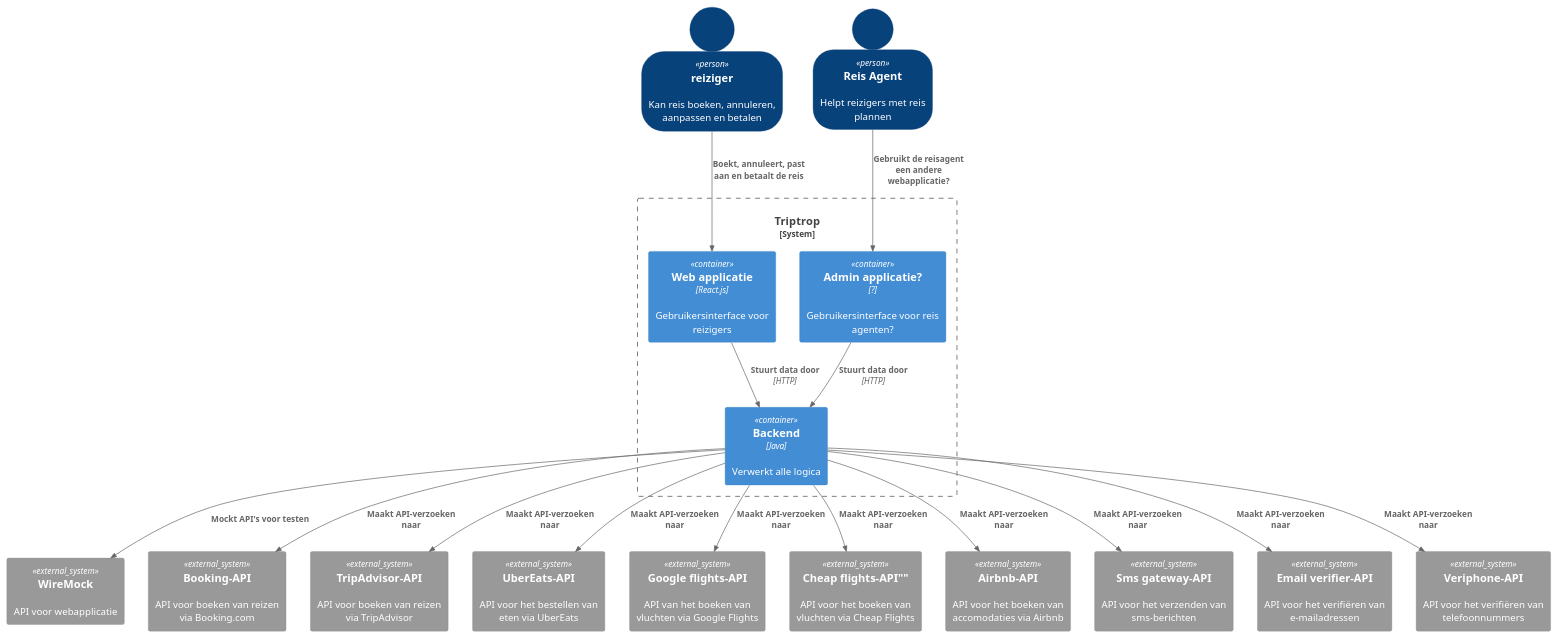
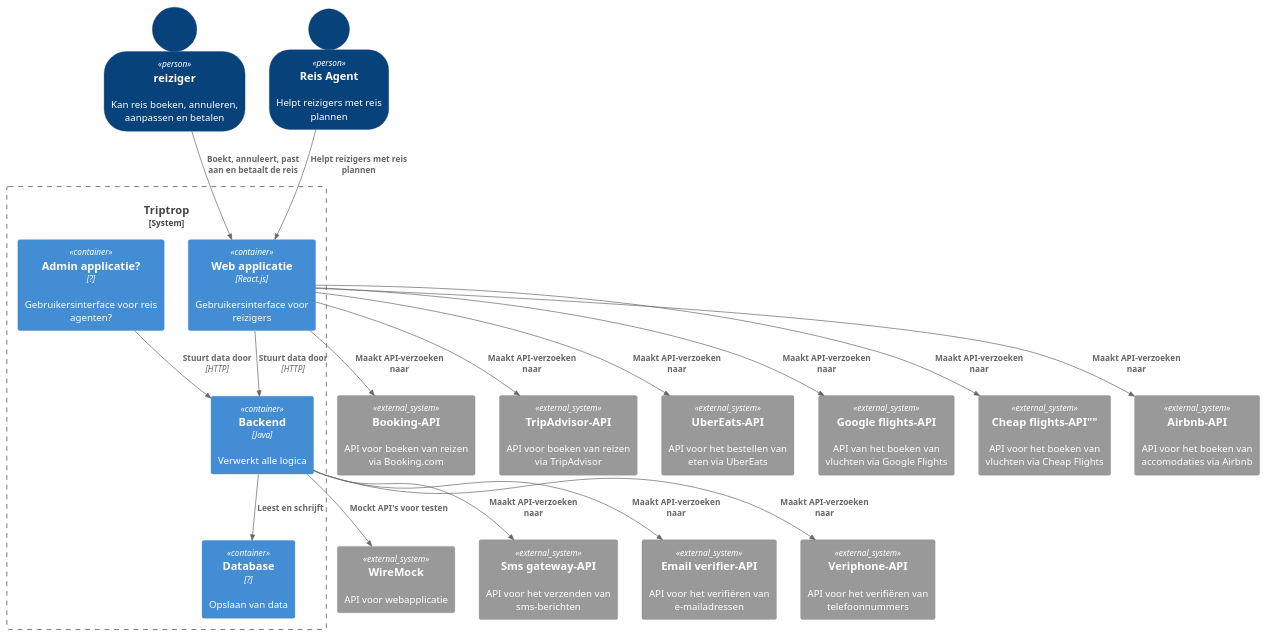
Before and after one commit to AIM-ENE-feb25/triptop-inshallahboys: the diagram in Week1/Les3/Chris/container-diagram/container-triptrop.puml, drawn with PlantUML.

Commit message:
Aanpassingen feedback Lars

```diff
--- a/Week1/Les3/Chris/container-diagram/container-triptrop.puml
+++ b/Week1/Les3/Chris/container-diagram/container-triptrop.puml
@@ -1,47 +1,50 @@
 @startuml
 !include  https://raw.githubusercontent.com/plantuml-stdlib/C4-PlantUML/master/C4_Container.puml
 
 SHOW_PERSON_OUTLINE()
 
 'Actoren
 Person(reiziger, "reiziger", "Kan reis boeken, annuleren, aanpassen en betalen")
 Person(reisAgent, "Reis Agent", "Helpt reizigers met reis plannen")
 
 'Containers binnen het systeem
 System_Boundary(c4, "Triptrop") {
     Container(webApp, "Web applicatie", "React.js", "Gebruikersinterface voor reizigers")
     Container(adminApp, "Admin applicatie?", "?", "Gebruikersinterface voor reis agenten?")
     Container(backend, "Backend", "Java", "Verwerkt alle logica")
+    Container(DB, "Database", "?", "Opslaan van data")
 }
 
 'API's
 System_Ext(wireMock, "WireMock", "API voor webapplicatie")
 System_Ext(bookingAPI, "Booking-API", "API voor boeken van reizen via Booking.com")
 System_Ext(tripAdvisor, "TripAdvisor-API", "API voor boeken van reizen via TripAdvisor")
 System_Ext(uberEats, "UberEats-API", "API voor het bestellen van eten via UberEats")
 System_Ext(googleFlights, "Google flights-API", "API van het boeken van vluchten via Google Flights")
 System_Ext(cheapFlights, Cheap flights-API"", "API voor het boeken van vluchten via Cheap Flights")
 System_Ext(airbnb, "Airbnb-API", "API voor het boeken van accomodaties via Airbnb")
 System_Ext(smsGateway, "Sms gateway-API", "API voor het verzenden van sms-berichten")
 System_Ext(emailVerifier, "Email verifier-API", "API voor het verifiëren van e-mailadressen")
 System_Ext(veriphone, "Veriphone-API", "API voor het verifiëren van telefoonnummers")
 
 'Relaties
 Rel(webApp, backend, "Stuurt data door", "HTTP")
 Rel(adminApp, backend, "Stuurt data door", "HTTP")
-Rel(reisAgent, adminApp, "Gebruikt de reisagent een andere webapplicatie?")
 Rel(reiziger, webApp, "Boekt, annuleert, past aan en betaalt de reis")
+Rel(reisAgent, webApp, "Helpt reizigers met reis plannen")
 
 Rel(backend, wireMock, "Mockt API's voor testen")
-Rel(backend, bookingAPI, "Maakt API-verzoeken naar")
-Rel(backend, tripAdvisor, "Maakt API-verzoeken naar")
-Rel(backend, uberEats, "Maakt API-verzoeken naar")
-Rel(backend, googleFlights, "Maakt API-verzoeken naar")
-Rel(backend, cheapFlights, "Maakt API-verzoeken naar")
-Rel(backend, airbnb, "Maakt API-verzoeken naar")
+Rel(webApp, bookingAPI, "Maakt API-verzoeken naar")
+Rel(webApp, tripAdvisor, "Maakt API-verzoeken naar")
+Rel(webApp, uberEats, "Maakt API-verzoeken naar")
+Rel(webApp, googleFlights, "Maakt API-verzoeken naar")
+Rel(webApp, cheapFlights, "Maakt API-verzoeken naar")
+Rel(webApp, airbnb, "Maakt API-verzoeken naar")
 Rel(backend, smsGateway, "Maakt API-verzoeken naar")
 Rel(backend, emailVerifier, "Maakt API-verzoeken naar")
 Rel(backend, veriphone, "Maakt API-verzoeken naar")
 
+Rel(backend, DB, "Leest en schrijft")
+
 
 @enduml
```
